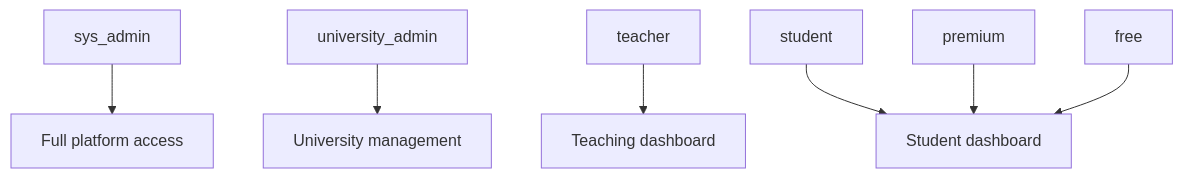
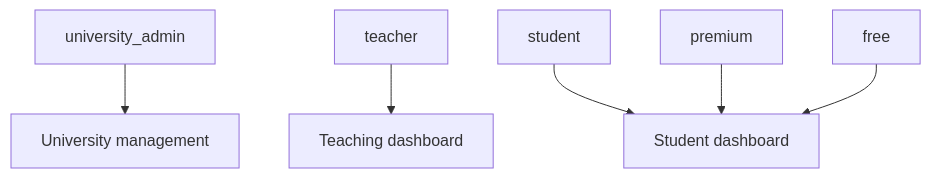
Before and after one commit to logyQT/studiq: the third of 3 diagrams in docs/authentication.md, drawn with Mermaid. The commit also changed other lines of this file and 46 other files, not shown here.

Commit message:
fix: strip sys_admin account type, sysadmin plan and dead /admin links (#122)

````diff
--- a/docs/authentication.md
+++ b/docs/authentication.md
@@ -47,9 +47,8 @@
 ```mermaid
 graph TD
-    SYS[sys_admin] --> Full[Full platform access]
     UA[university_admin] --> Uni[University management]
     T[teacher] --> Edu[Teaching dashboard]
     S[student] --> App[Student dashboard]
     P[premium] --> App
     F[free] --> App
 ```
````
